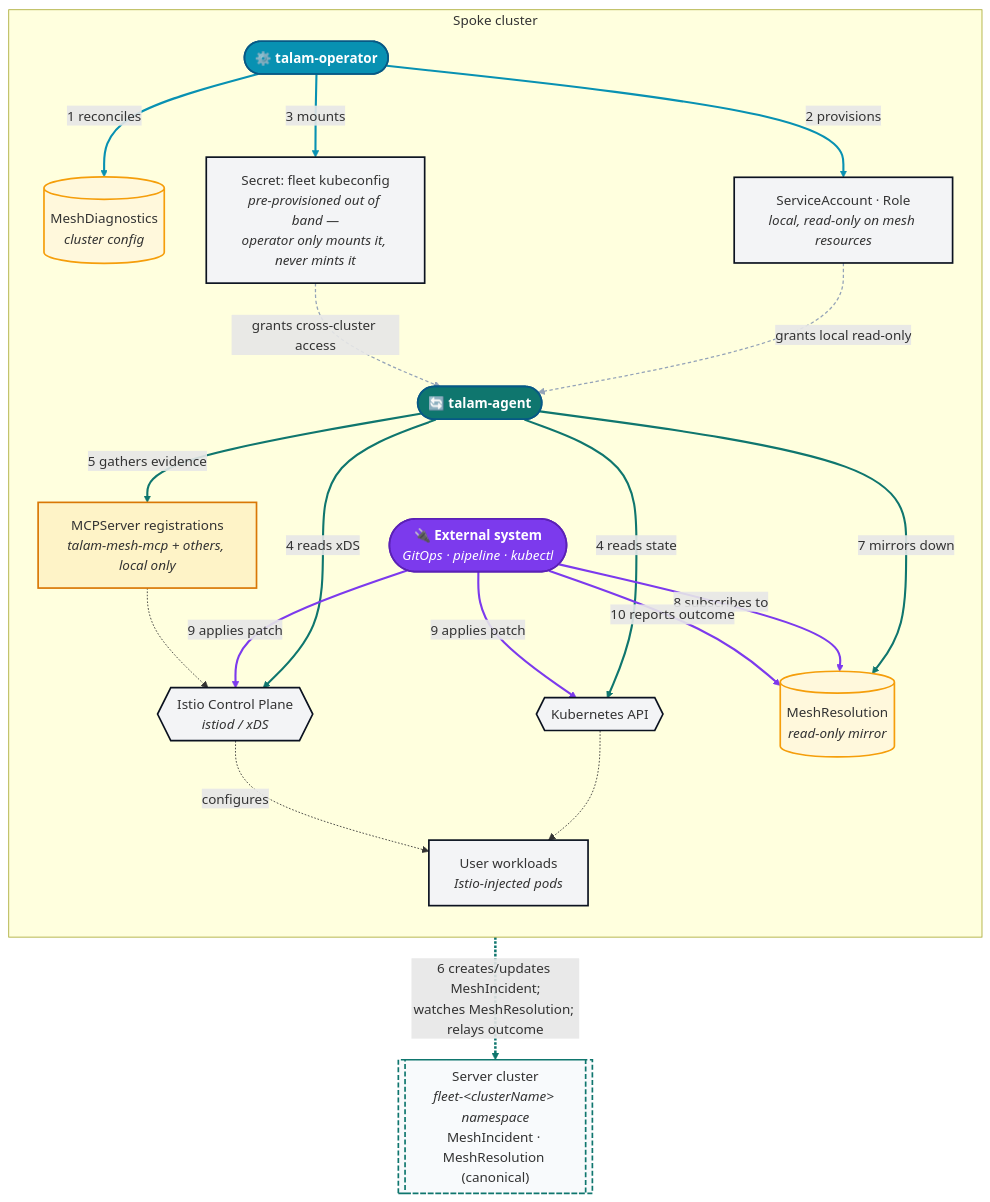
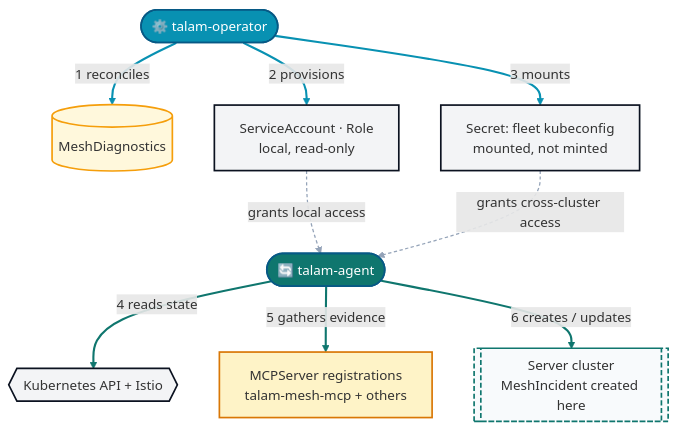
Before and after one commit to nirvanagit/talam: the first of 3 diagrams in docs/architecture/overview.md, drawn with Mermaid. The commit also changed other lines of this file, not shown here.

````diff
--- a/docs/architecture/overview.md
+++ b/docs/architecture/overview.md
@@ -22,66 +24,38 @@
 ```mermaid
 flowchart TB
-    subgraph Spoke["Spoke cluster"]
-        direction TB
+    Op(["⚙️ talam-operator"])
+    MD[("MeshDiagnostics")]
+    RBAC["ServiceAccount · Role<br/>local, read-only"]
+    Secret["Secret: fleet kubeconfig<br/>mounted, not minted"]
+    Ag(["🔄 talam-agent"])
+    Api{{"Kubernetes API + Istio"}}
+    MCP["MCPServer registrations<br/>talam-mesh-mcp + others"]
+    Remote[["Server cluster<br/>MeshIncident created here"]]
 
-        Op(["⚙️ <b>talam-operator</b>"])
-        Ag(["🔄 <b>talam-agent</b>"])
-        ExtSys(["🔌 <b>External system</b><br/><i>GitOps · pipeline · kubectl</i>"])
-
-        MD[("MeshDiagnostics<br/><i>cluster config</i>")]
-        LocalRBAC["ServiceAccount · Role<br/><i>local, read-only on mesh resources</i>"]
-        FleetSecret["Secret: fleet kubeconfig<br/><i>pre-provisioned out of band —<br/>operator only mounts it, never mints it</i>"]
-        MCP["MCPServer registrations<br/><i>talam-mesh-mcp + others, local only</i>"]
-        LocalMR[("MeshResolution<br/><i>read-only mirror</i>")]
-
-        Api{{"Kubernetes API"}}
-        Istio{{"Istio Control Plane<br/><i>istiod / xDS</i>"}}
-        Workloads["User workloads<br/><i>Istio-injected pods</i>"]
-
-        Op == "1 reconciles" ==> MD
-        Op == "2 provisions" ==> LocalRBAC
-        Op == "3 mounts" ==> FleetSecret
-        LocalRBAC -. "grants local read-only" .-> Ag
-        FleetSecret -. "grants cross-cluster access" .-> Ag
-
-        Ag == "4 reads state" ==> Api
-        Ag == "4 reads xDS" ==> Istio
-        Ag == "5 gathers evidence" ==> MCP
-        Ag == "7 mirrors down" ==> LocalMR
-
-        ExtSys == "8 subscribes to" ==> LocalMR
-        ExtSys == "9 applies patch" ==> Api
-        ExtSys == "9 applies patch" ==> Istio
-        ExtSys == "10 reports outcome" ==> LocalMR
-
-        MCP -.-> Istio
-        Api -.-> Workloads
-        Istio -.->|configures| Workloads
-    end
-
-    ServerCluster[["Server cluster<br/><i>fleet-&lt;clusterName&gt; namespace</i><br/>MeshIncident · MeshResolution (canonical)"]]
-
-    Ag == "6 creates/updates MeshIncident;<br/>watches MeshResolution; relays outcome" ==> ServerCluster
+    Op -- "1 reconciles" --> MD
+    Op -- "2 provisions" --> RBAC
+    Op -- "3 mounts" --> Secret
+    RBAC -. "grants local access" .-> Ag
+    Secret -. "grants cross-cluster access" .-> Ag
+    Ag -- "4 reads state" --> Api
+    Ag -- "5 gathers evidence" --> MCP
+    Ag -- "6 creates / updates" --> Remote
 
     classDef opStyle fill:#0891b2,color:#fff,stroke:#075985,stroke-width:2px
     classDef agStyle fill:#0f766e,color:#fff,stroke:#075985,stroke-width:2px
-    classDef extStyle fill:#7c3aed,color:#fff,stroke:#5b21b6,stroke-width:2px
     classDef crdStyle fill:#fff8dc,stroke:#f59e0b,stroke-width:2px
     classDef k8sStyle fill:#f3f4f6,stroke:#0b1220,stroke-width:2px
     classDef mcpStyle fill:#fef3c7,stroke:#d97706,stroke-width:2px
     classDef remoteStyle fill:#f8fafc,stroke:#0f766e,stroke-width:2px,stroke-dasharray:6 3
 
     class Op opStyle
     class Ag agStyle
-    class ExtSys extStyle
-    class MD,LocalMR crdStyle
-    class Api,Istio,Workloads,LocalRBAC,FleetSecret k8sStyle
+    class MD crdStyle
+    class Api,RBAC,Secret k8sStyle
     class MCP mcpStyle
-    class ServerCluster remoteStyle
+    class Remote remoteStyle
 
     linkStyle 0,1,2 stroke:#0891b2,stroke-width:2.5px
     linkStyle 3,4 stroke:#94a3b8,stroke-width:1.5px,stroke-dasharray:4 3
-    linkStyle 5,6,7,8 stroke:#0f766e,stroke-width:2.5px
-    linkStyle 9,10,11,12 stroke:#7c3aed,stroke-width:2.5px
-    linkStyle 16 stroke:#0f766e,stroke-width:3px,stroke-dasharray:3 2
+    linkStyle 5,6,7 stroke:#0f766e,stroke-width:2.5px
 ```
````
